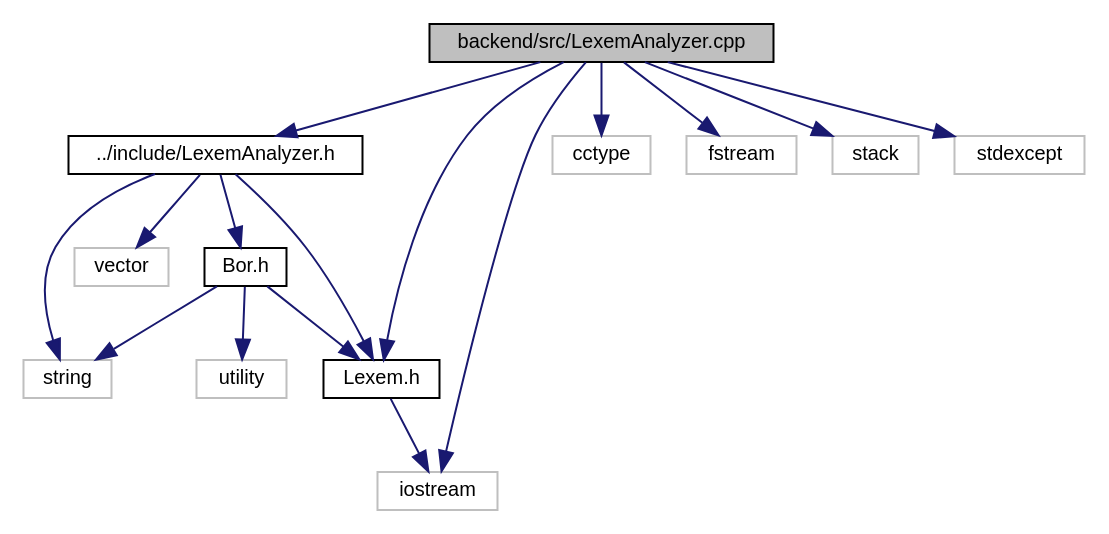
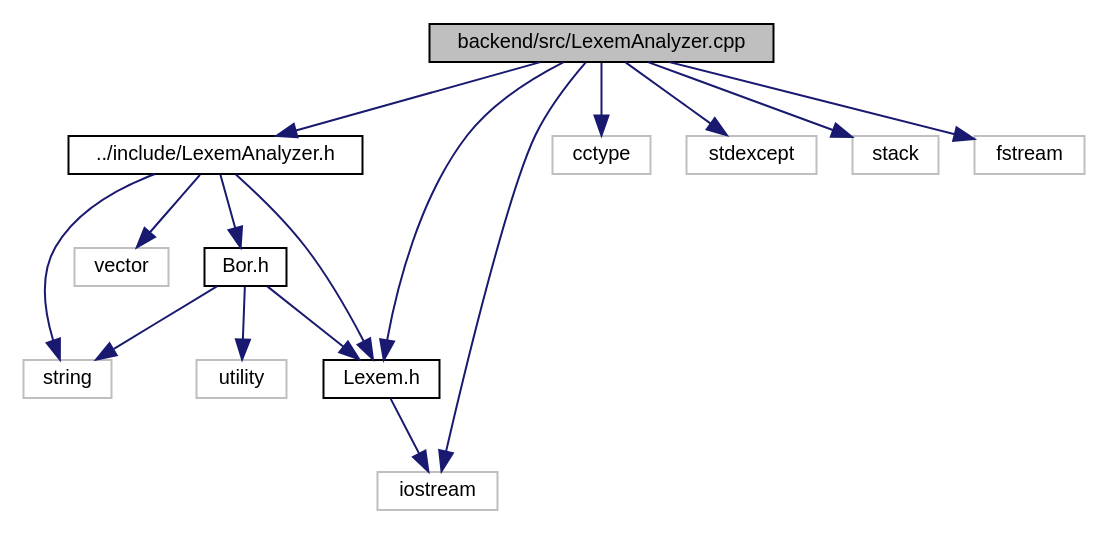
The diagram in LexemAnalyzer_8cpp__incl.dot (impelixx/SIGMAinterpretator), drawn with Graphviz before and after one commit. The commit also changed 10 other files, not shown here.

```diff
--- a/LexemAnalyzer_8cpp__incl.dot
+++ b/LexemAnalyzer_8cpp__incl.dot
@@ -1,33 +1,33 @@
 digraph "backend/src/LexemAnalyzer.cpp"
 {
  // LATEX_PDF_SIZE
   edge [fontname="Helvetica",fontsize="10",labelfontname="Helvetica",labelfontsize="10"];
   node [fontname="Helvetica",fontsize="10",shape=record];
   Node1 [label="backend/src/LexemAnalyzer.cpp",height=0.2,width=0.4,color="black", fillcolor="grey75", style="filled", fontcolor="black",tooltip=" "];
   Node1 -> Node2 [color="midnightblue",fontsize="10",style="solid",fontname="Helvetica"];
   Node2 [label="../include/LexemAnalyzer.h",height=0.2,width=0.4,color="black", fillcolor="white", style="filled",URL="$LexemAnalyzer_8h.html",tooltip=" "];
   Node2 -> Node3 [color="midnightblue",fontsize="10",style="solid",fontname="Helvetica"];
   Node3 [label="string",height=0.2,width=0.4,color="grey75", fillcolor="white", style="filled",tooltip=" "];
   Node2 -> Node4 [color="midnightblue",fontsize="10",style="solid",fontname="Helvetica"];
   Node4 [label="vector",height=0.2,width=0.4,color="grey75", fillcolor="white", style="filled",tooltip=" "];
   Node2 -> Node5 [color="midnightblue",fontsize="10",style="solid",fontname="Helvetica"];
   Node5 [label="Bor.h",height=0.2,width=0.4,color="black", fillcolor="white", style="filled",URL="$Bor_8h.html",tooltip=" "];
   Node5 -> Node3 [color="midnightblue",fontsize="10",style="solid",fontname="Helvetica"];
   Node5 -> Node6 [color="midnightblue",fontsize="10",style="solid",fontname="Helvetica"];
   Node6 [label="utility",height=0.2,width=0.4,color="grey75", fillcolor="white", style="filled",tooltip=" "];
   Node5 -> Node7 [color="midnightblue",fontsize="10",style="solid",fontname="Helvetica"];
   Node7 [label="Lexem.h",height=0.2,width=0.4,color="black", fillcolor="white", style="filled",URL="$Lexem_8h.html",tooltip=" "];
   Node7 -> Node8 [color="midnightblue",fontsize="10",style="solid",fontname="Helvetica"];
   Node8 [label="iostream",height=0.2,width=0.4,color="grey75", fillcolor="white", style="filled",tooltip=" "];
   Node2 -> Node7 [color="midnightblue",fontsize="10",style="solid",fontname="Helvetica"];
+  Node1 -> Node7 [color="midnightblue",fontsize="10",style="solid",fontname="Helvetica"];
   Node1 -> Node9 [color="midnightblue",fontsize="10",style="solid",fontname="Helvetica"];
   Node9 [label="cctype",height=0.2,width=0.4,color="grey75", fillcolor="white", style="filled",tooltip=" "];
   Node1 -> Node10 [color="midnightblue",fontsize="10",style="solid",fontname="Helvetica"];
-  Node10 [label="fstream",height=0.2,width=0.4,color="grey75", fillcolor="white", style="filled",tooltip=" "];
+  Node10 [label="stdexcept",height=0.2,width=0.4,color="grey75", fillcolor="white", style="filled",tooltip=" "];
   Node1 -> Node8 [color="midnightblue",fontsize="10",style="solid",fontname="Helvetica"];
   Node1 -> Node11 [color="midnightblue",fontsize="10",style="solid",fontname="Helvetica"];
   Node11 [label="stack",height=0.2,width=0.4,color="grey75", fillcolor="white", style="filled",tooltip=" "];
   Node1 -> Node12 [color="midnightblue",fontsize="10",style="solid",fontname="Helvetica"];
-  Node12 [label="stdexcept",height=0.2,width=0.4,color="grey75", fillcolor="white", style="filled",tooltip=" "];
-  Node1 -> Node7 [color="midnightblue",fontsize="10",style="solid",fontname="Helvetica"];
+  Node12 [label="fstream",height=0.2,width=0.4,color="grey75", fillcolor="white", style="filled",tooltip=" "];
 }
```
